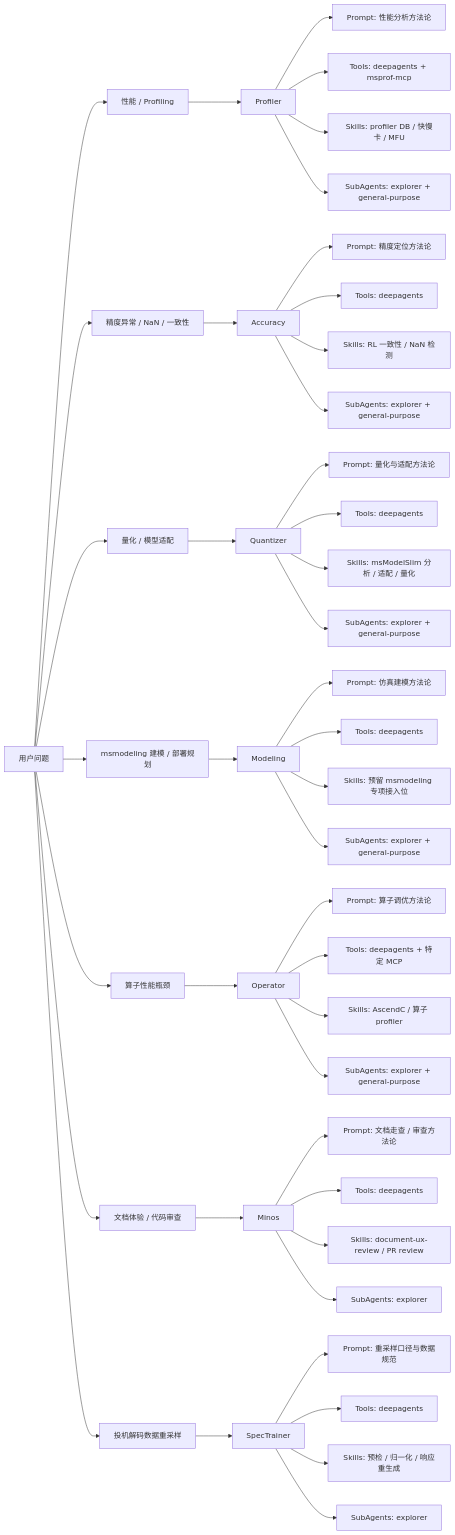
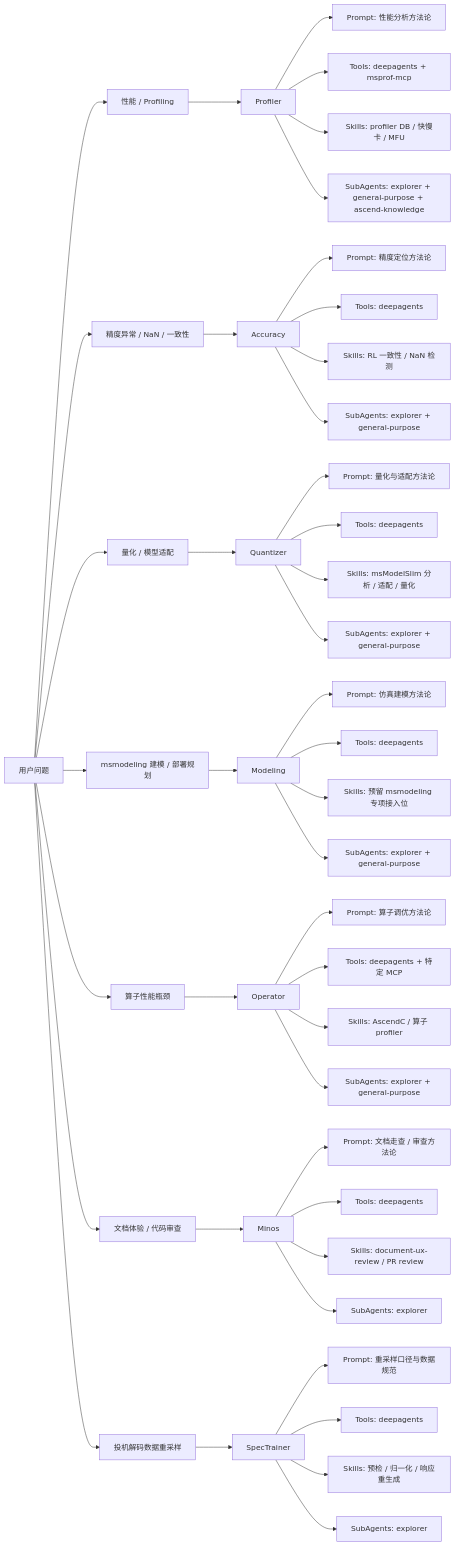
Before and after one commit to mindstudio-docs/master: the third of 6 diagrams in msagent/docs/zh/design/msagent_design.md, drawn with Mermaid. The commit also changed other lines of this file and 15 other files, not shown here.

````diff
--- a/msagent/docs/zh/design/msagent_design.md
+++ b/msagent/docs/zh/design/msagent_design.md
@@ -217,53 +218,53 @@
 ```mermaid
 flowchart LR
     U["用户问题"] --> Q1["性能 / Profiling"]
     U --> Q2["精度异常 / NaN / 一致性"]
     U --> Q3["量化 / 模型适配"]
     U --> Q4["msmodeling 建模 / 部署规划"]
     U --> Q5["算子性能瓶颈"]
     U --> Q6["文档体验 / 代码审查"]
     U --> Q7["投机解码数据重采样"]
 
     Q1 --> H["Profiler"]
     Q2 --> A["Accuracy"]
     Q3 --> Z["Quantizer"]
     Q4 --> O["Modeling"]
     Q5 --> I["Operator"]
     Q6 --> M["Minos"]
     Q7 --> S["SpecTrainer"]
 
     H --> H1["Prompt: 性能分析方法论"]
     H --> H2["Tools: deepagents + msprof-mcp"]
     H --> H3["Skills: profiler DB / 快慢卡 / MFU"]
-    H --> H4["SubAgents: explorer + general-purpose"]
+    H --> H4["SubAgents: explorer + general-purpose + ascend-knowledge"]
 
     A --> A1["Prompt: 精度定位方法论"]
     A --> A2["Tools: deepagents"]
     A --> A3["Skills: RL 一致性 / NaN 检测"]
     A --> A4["SubAgents: explorer + general-purpose"]
 
     Z --> Z1["Prompt: 量化与适配方法论"]
     Z --> Z2["Tools: deepagents"]
     Z --> Z3["Skills: msModelSlim 分析 / 适配 / 量化"]
     Z --> Z4["SubAgents: explorer + general-purpose"]
 
     O --> O1["Prompt: 仿真建模方法论"]
     O --> O2["Tools: deepagents"]
     O --> O3["Skills: 预留 msmodeling 专项接入位"]
     O --> O4["SubAgents: explorer + general-purpose"]
 
     I --> I1["Prompt: 算子调优方法论"]
     I --> I2["Tools: deepagents + 特定 MCP"]
     I --> I3["Skills: AscendC / 算子 profiler"]
     I --> I4["SubAgents: explorer + general-purpose"]
 
     M --> M1["Prompt: 文档走查 / 审查方法论"]
     M --> M2["Tools: deepagents"]
     M --> M3["Skills: document-ux-review / PR review"]
     M --> M4["SubAgents: explorer"]
 
     S --> S1["Prompt: 重采样口径与数据规范"]
     S --> S2["Tools: deepagents"]
     S --> S3["Skills: 预检 / 归一化 / 响应重生成"]
     S --> S4["SubAgents: explorer"]
 ```
````
